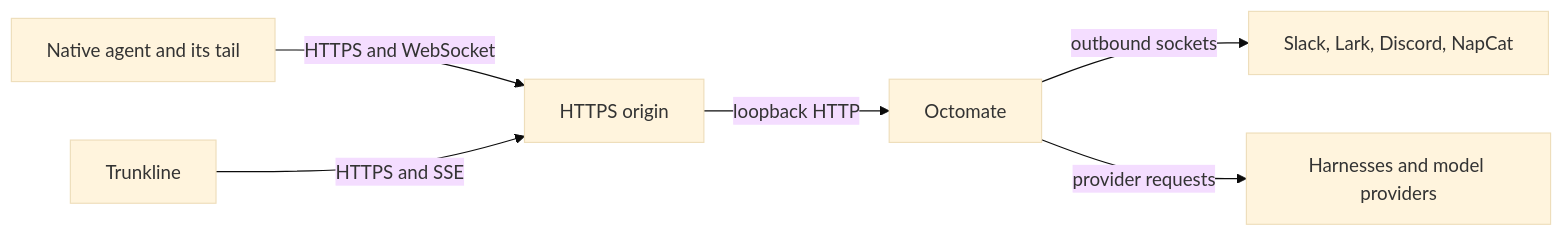
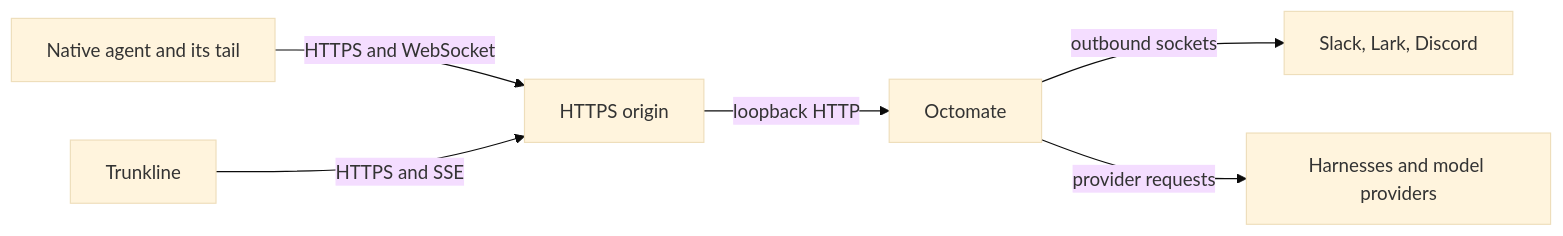
One commit to kalynnka/octomate changed the diagram in docs/installation/networking.md. Above: the diagram before and after it, drawn with Mermaid (base theme). The commit also changed other lines of this file and 53 other files, not shown here.

````diff
--- a/docs/installation/networking.md
+++ b/docs/installation/networking.md
@@ -9,8 +15,8 @@
 ```mermaid
 flowchart LR
     Native[Native agent and its tail] -->|HTTPS and WebSocket| Origin[HTTPS origin]
     Browser[Trunkline] -->|HTTPS and SSE| Origin
     Origin -->|loopback HTTP| Server[Octomate]
-    Server -->|outbound sockets| Platforms[Slack, Lark, Discord, NapCat]
+    Server -->|outbound sockets| Platforms[Slack, Lark, Discord]
     Server -->|provider requests| Models[Harnesses and model providers]
 ```
````
